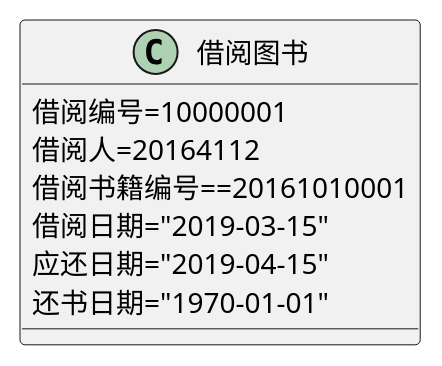
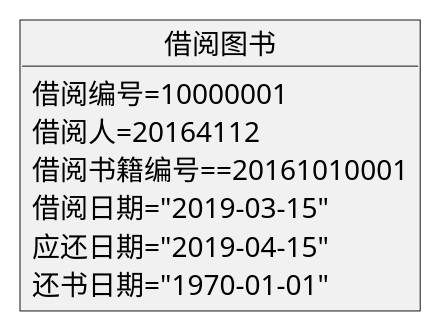
Before and after one commit to YYttaa/is_analysis-2: the diagram in test3/puml/borrow.puml, drawn with PlantUML. The commit also changed 18 other files, not shown here.

```diff
--- a/test3/puml/borrow.puml
+++ b/test3/puml/borrow.puml
@@ -1,12 +1,12 @@
 @startuml
 
-class 借阅图书{
+object 借阅图书{
     借阅编号=10000001
     借阅人=20164112
     借阅书籍编号==20161010001
     借阅日期="2019-03-15"
     应还日期="2019-04-15"
     还书日期="1970-01-01"
  }
 
 @enduml
```
